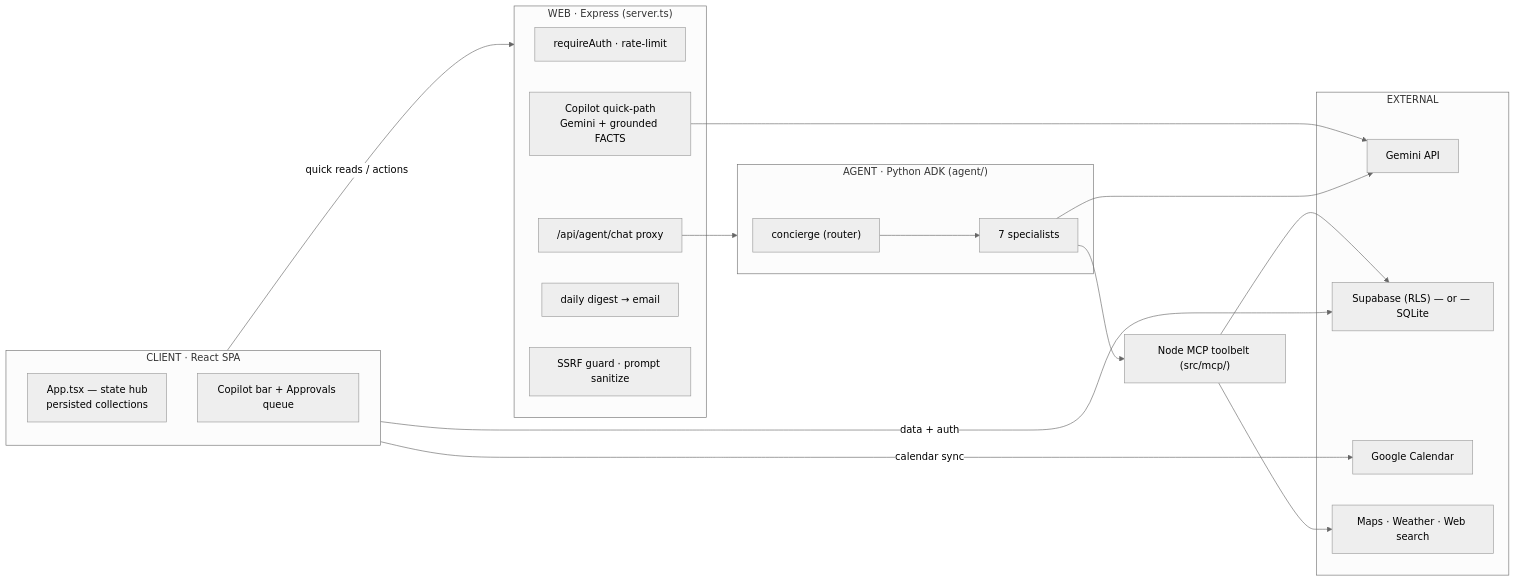
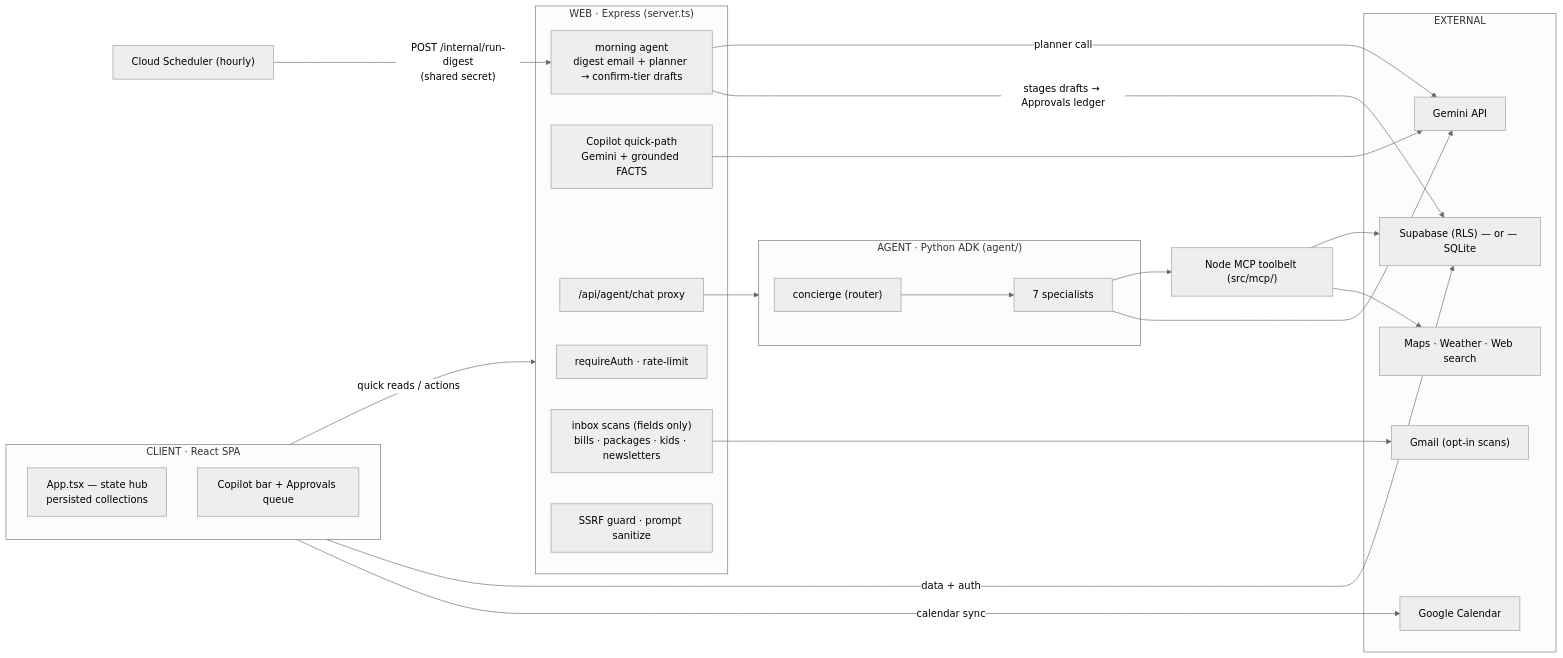
Before and after one commit to msampath/fam-hub: the diagram in docs/architecture.md, drawn with Mermaid (neutral theme). The commit also changed other lines of this file and 2 other files, not shown here.

Commit message:
docs: diagrams catch up with the system — morning agent, scheduler, inbox scans
The Mermaid flowchart gains Cloud Scheduler → morning agent (digest email
+ planner → confirm-tier drafts staged to the Approvals ledger), the inbox
scans node → Gmail (opt-in, fields only), and the web-server component row
lists both. The README and writeup ASCII spines each gain the scheduler
line (and the writeup the Gmail line) so every drawn view of the system
shows the proactive path, not just the request path.

````diff
--- a/docs/architecture.md
+++ b/docs/architecture.md
@@ -26,33 +26,40 @@
 ```mermaid
 flowchart LR
+  SCHED["Cloud Scheduler (hourly)"]
   subgraph CLIENT["CLIENT · React SPA"]
     APP["App.tsx — state hub<br/>persisted collections"]
     BAR["Copilot bar + Approvals queue"]
   end
   subgraph WEB["WEB · Express (server.ts)"]
     AUTH["requireAuth · rate-limit"]
     QP["Copilot quick-path<br/>Gemini + grounded FACTS"]
     PROXY["/api/agent/chat proxy"]
-    DIG["daily digest → email"]
+    DIG["morning agent<br/>digest email + planner → confirm-tier drafts"]
+    SCAN["inbox scans (fields only)<br/>bills · packages · kids · newsletters"]
     SEC["SSRF guard · prompt sanitize"]
   end
   subgraph AGENT["AGENT · Python ADK (agent/)"]
     ROOT["concierge (router)"]
     SPEC["7 specialists"]
   end
   MCP["Node MCP toolbelt (src/mcp/)"]
   subgraph EXT["EXTERNAL"]
     GEM["Gemini API"]
     STORE["Supabase (RLS) — or — SQLite"]
     GCAL["Google Calendar"]
+    GMAIL["Gmail (opt-in scans)"]
     WEB2["Maps · Weather · Web search"]
   end
   CLIENT -->|"quick reads / actions"| WEB
   QP --> GEM
   PROXY --> AGENT
   ROOT --> SPEC --> MCP --> STORE
   SPEC --> GEM
   MCP --> WEB2
+  SCHED -->|"POST /internal/run-digest<br/>(shared secret)"| DIG
+  DIG -->|"planner call"| GEM
+  DIG -->|"stages drafts → Approvals ledger"| STORE
+  SCAN --> GMAIL
   CLIENT -->|"data + auth"| STORE
   CLIENT -->|"calendar sync"| GCAL
 ```
````
